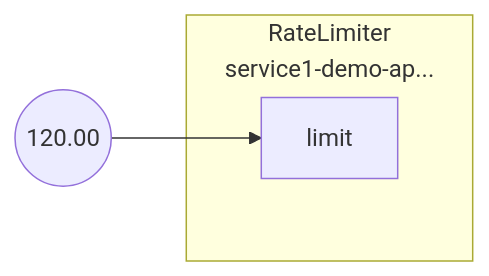
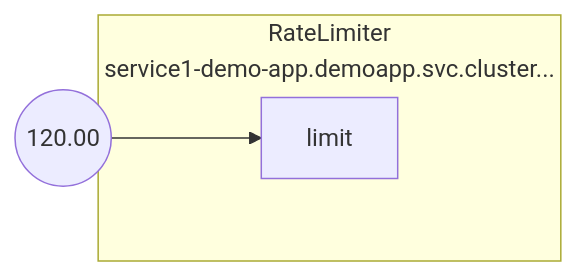
One commit to fluxninja/aperture changed the diagram in docs/content/tutorials/integrations/flow-control/rate-limiting/assets/static-rate-limiting/static-rate-limiting.mmd. Above: the diagram before and after it, drawn with Mermaid. The commit also changed 60 other files, not shown here.

Commit message:
mermaid: add short description

```diff
--- a/docs/content/tutorials/integrations/flow-control/rate-limiting/assets/static-rate-limiting/static-rate-limiting.mmd
+++ b/docs/content/tutorials/integrations/flow-control/rate-limiting/assets/static-rate-limiting/static-rate-limiting.mmd
@@ -1,9 +1,9 @@
 flowchart LR
 FakeConstant0((120.00))
 FakeConstant0 --> root.0limit
-subgraph root.0[<center>RateLimiter<br/>service1-demo-ap...</center>]
+subgraph root.0[<center>RateLimiter<br/>service1-demo-app.demoapp.svc.cluster...</center>]
 subgraph root.0_inports[ ]
 style root.0_inports fill:none,stroke:none
 root.0limit[limit]
 end
 end
```
